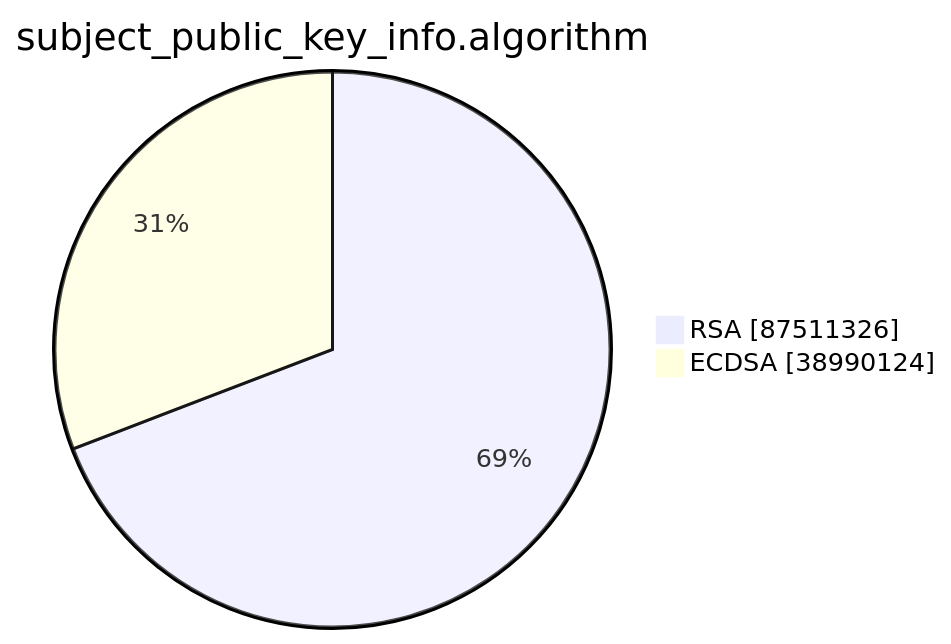
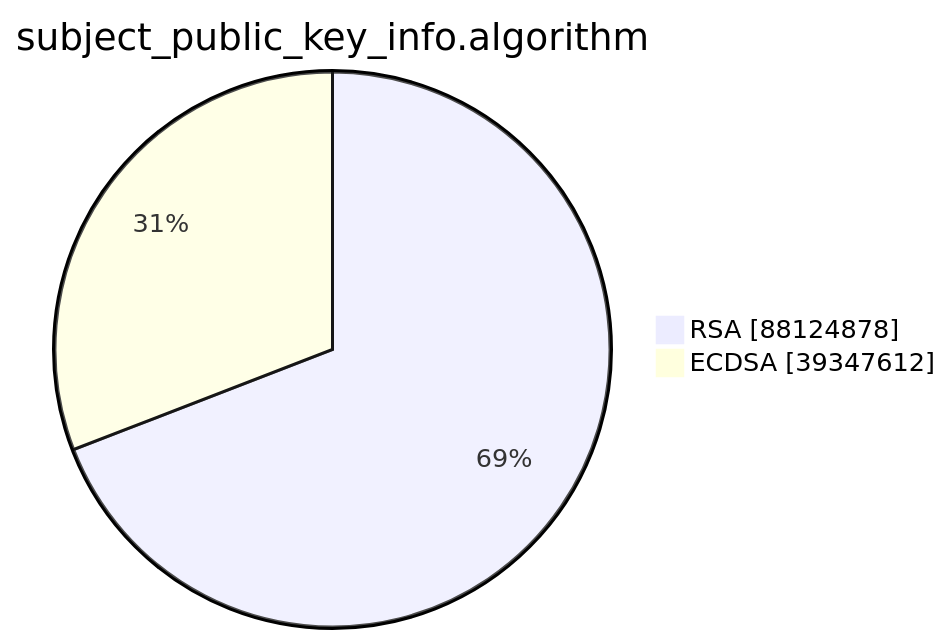
The second of 15 diagrams in xenon2023/README.md (christiankrug/ctmonitor_visualization), drawn with Mermaid before and after one commit. The commit also changed other lines of this file, not shown here.

````diff
--- a/xenon2023/README.md
+++ b/xenon2023/README.md
@@ -6,6 +6,6 @@
 ```mermaid
 pie showData
 title subject_public_key_info.algorithm
-"RSA" :87511326
-"ECDSA" :38990124
+"RSA" :88124878
+"ECDSA" :39347612
 ```
````
